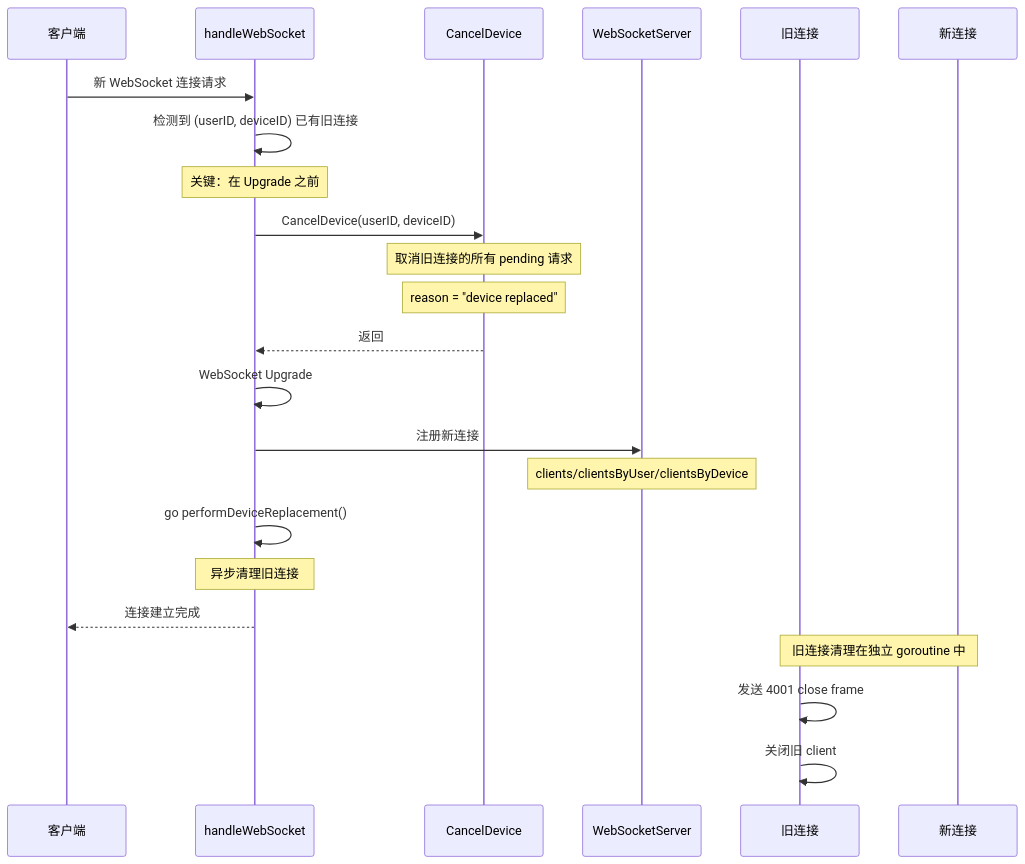
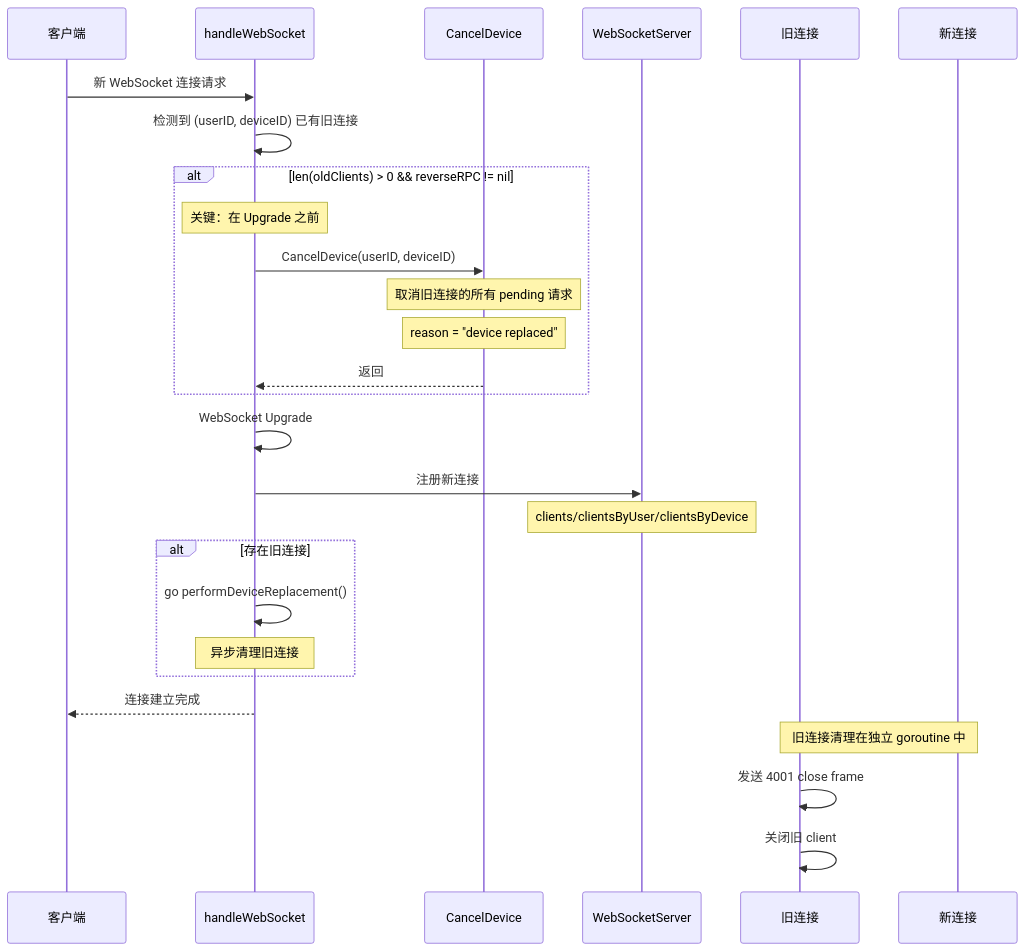
One commit to PineappleBond/xyncra-server changed the tenth of 12 diagrams in wiki/flows/reverse-rpc.md. Above: the diagram before and after it, drawn with Mermaid. The commit also changed other lines of this file and 21 other files, not shown here.

Commit message:
docs(wiki): add edge cases and fix inaccuracies across all flow documents

````diff
--- a/wiki/flows/reverse-rpc.md
+++ b/wiki/flows/reverse-rpc.md
@@ -749,32 +749,36 @@
 ```mermaid
 sequenceDiagram
     participant Client as 客户端
     participant Handler as handleWebSocket
     participant CD as CancelDevice
     participant WS as WebSocketServer
     participant OldConn as 旧连接
     participant NewConn as 新连接
 
     Client->>Handler: 新 WebSocket 连接请求
     Handler->>Handler: 检测到 (userID, deviceID) 已有旧连接
 
-    Note over Handler: 关键：在 Upgrade 之前
+    alt len(oldClients) > 0 && reverseRPC != nil
+        Note over Handler: 关键：在 Upgrade 之前
 
-    Handler->>CD: CancelDevice(userID, deviceID)
-    Note over CD: 取消旧连接的所有 pending 请求
-    Note over CD: reason = "device replaced"
-    CD-->>Handler: 返回
+        Handler->>CD: CancelDevice(userID, deviceID)
+        Note over CD: 取消旧连接的所有 pending 请求
+        Note over CD: reason = "device replaced"
+        CD-->>Handler: 返回
+    end
 
     Handler->>Handler: WebSocket Upgrade
     Handler->>WS: 注册新连接
     Note over WS: clients/clientsByUser/clientsByDevice
 
-    Handler->>Handler: go performDeviceReplacement()
-    Note over Handler: 异步清理旧连接
+    alt 存在旧连接
+        Handler->>Handler: go performDeviceReplacement()
+        Note over Handler: 异步清理旧连接
+    end
 
     Handler-->>Client: 连接建立完成
 
     Note over OldConn,NewConn: 旧连接清理在独立 goroutine 中
     OldConn->>OldConn: 发送 4001 close frame
     OldConn->>OldConn: 关闭旧 client
 ```
````
